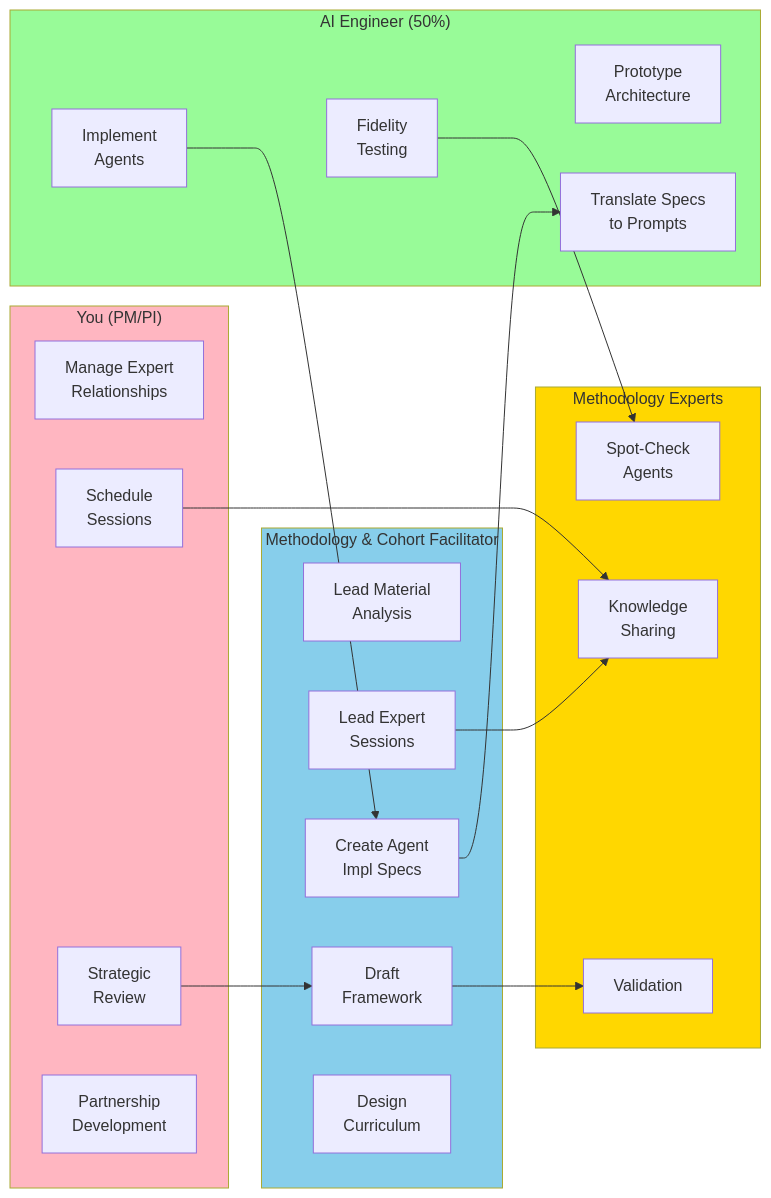
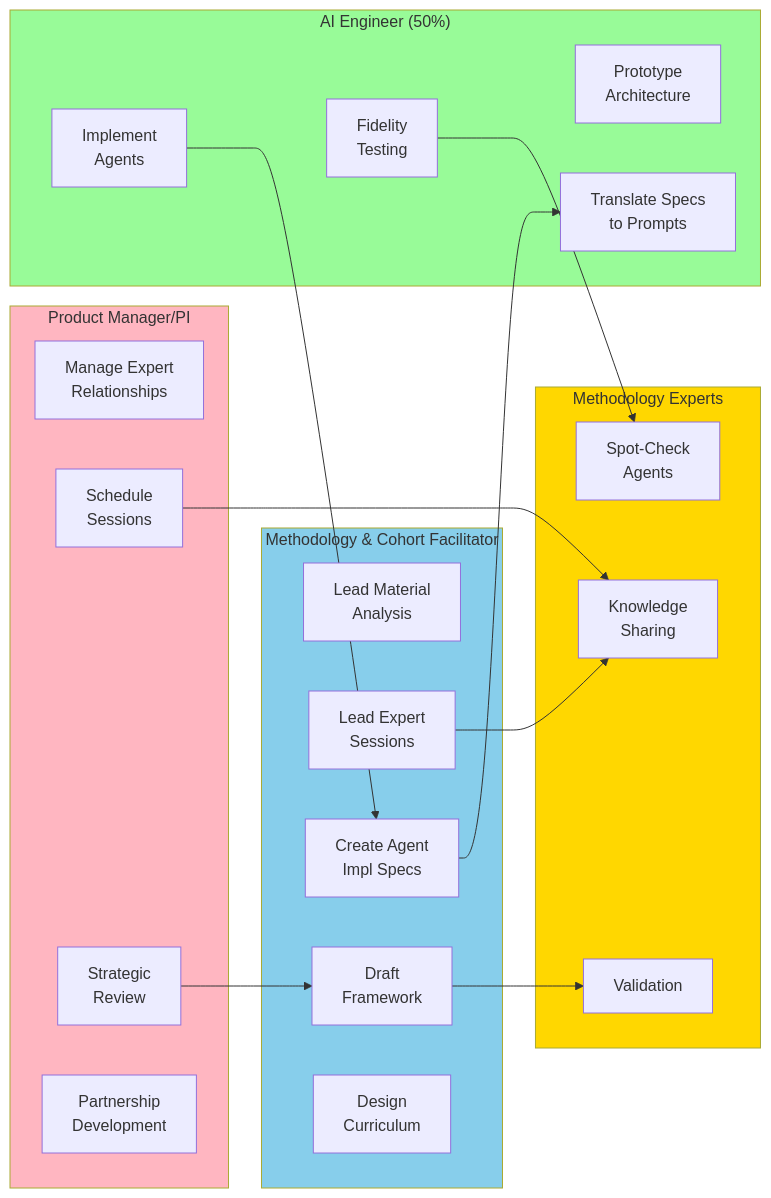
One commit to thedakr/ventre_prod_pi changed the sixth of 10 diagrams in docs/VISUAL-ROADMAP.md. Above: the diagram before and after it, drawn with Mermaid. The commit also changed other lines of this file and 1 other file, not shown here.

````diff
--- a/docs/VISUAL-ROADMAP.md
+++ b/docs/VISUAL-ROADMAP.md
@@ -303,43 +303,43 @@
 ```mermaid
 graph LR
-    subgraph PM ["You (PM/PI)"]
+    subgraph PM ["Product Manager/PI"]
         PM1[Manage Expert<br/>Relationships]
         PM2[Schedule<br/>Sessions]
         PM3[Strategic<br/>Review]
         PM4[Partnership<br/>Development]
     end
 
     subgraph Edu ["Methodology & Cohort Facilitator"]
         Edu1[Lead Material<br/>Analysis]
         Edu2[Lead Expert<br/>Sessions]
         Edu3[Draft<br/>Framework]
         Edu4[Create Agent<br/>Impl Specs]
         Edu5[Design<br/>Curriculum]
     end
 
     subgraph AI ["AI Engineer (50%)"]
         AI1[Prototype<br/>Architecture]
         AI2[Implement<br/>Agents]
         AI3[Translate Specs<br/>to Prompts]
         AI4[Fidelity<br/>Testing]
     end
 
     subgraph Experts ["Methodology Experts"]
         Exp1[Knowledge<br/>Sharing]
         Exp2[Validation]
         Exp3[Spot-Check<br/>Agents]
     end
 
     PM2 --> Exp1
     Edu2 --> Exp1
     Edu3 --> Exp2
     Edu4 --> AI3
     AI2 --> Edu4
     AI4 --> Exp3
     PM3 --> Edu3
 
     style PM fill:#FFB6C1
     style Edu fill:#87CEEB
     style AI fill:#98FB98
     style Experts fill:#FFD700
 ```
````
